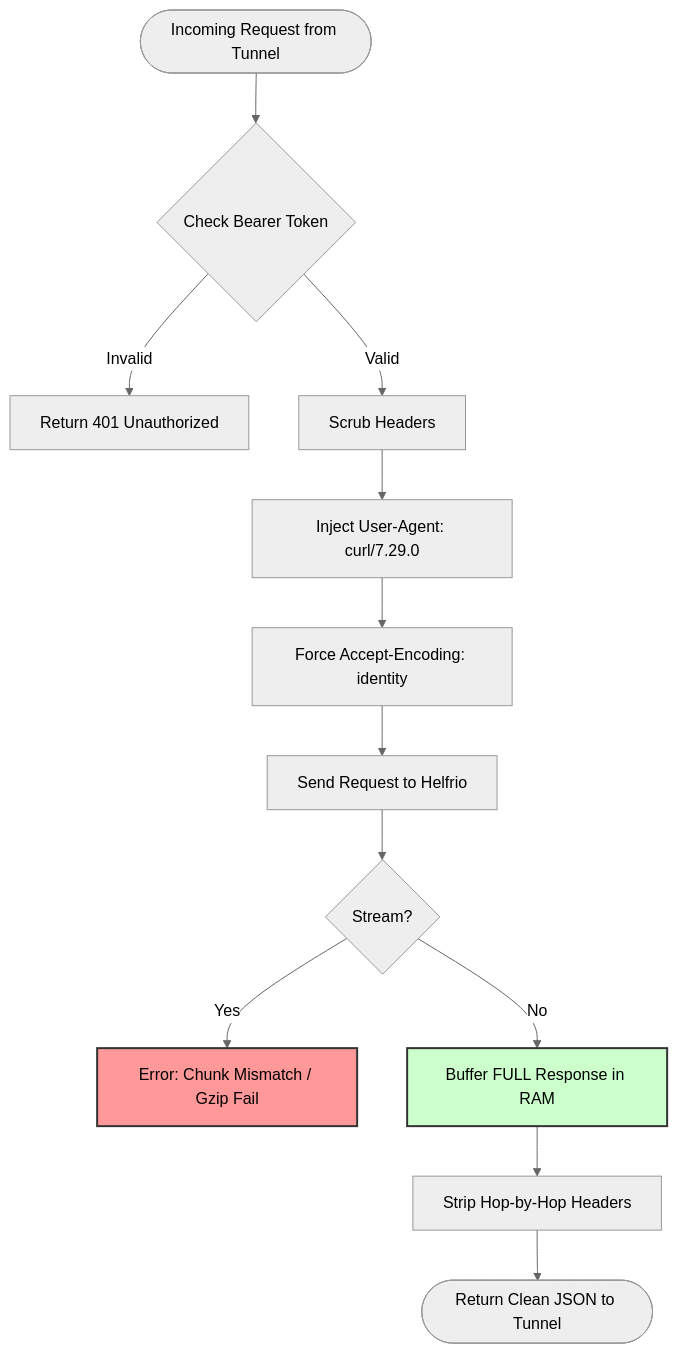
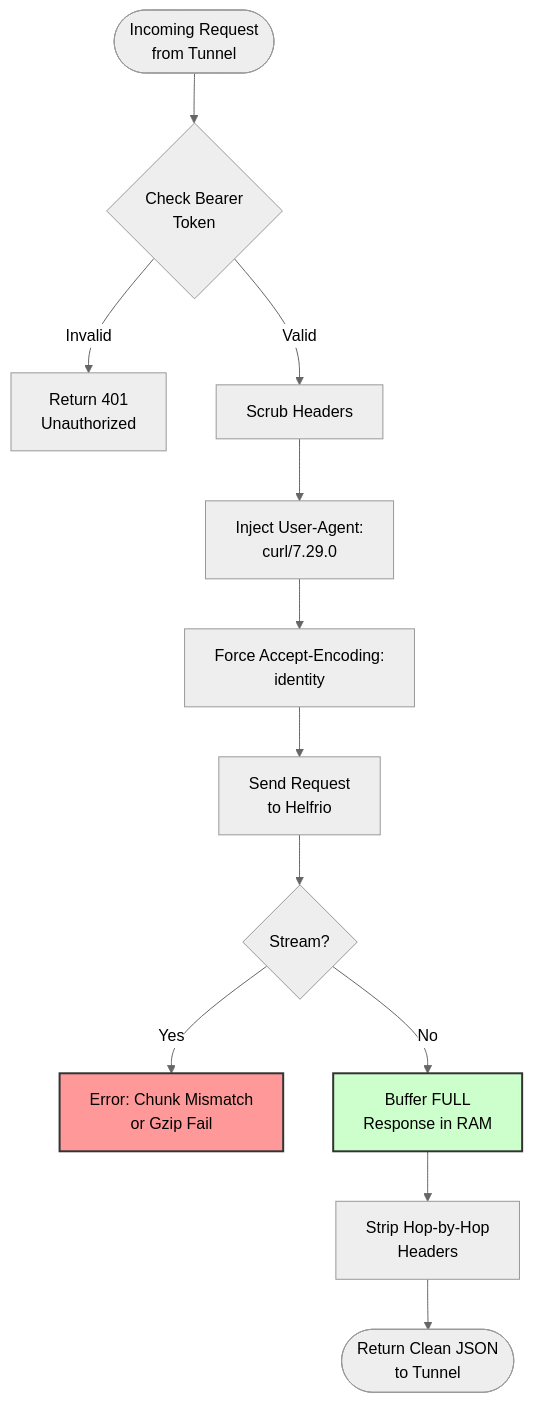
One commit to Microck/ja3-bypass-gateway changed the fifth of 6 diagrams in README.md. Above: the diagram before and after it, drawn with Mermaid (neutral theme). The commit also changed other lines of this file, not shown here.

````diff
--- a/README.md
+++ b/README.md
@@ -227,23 +227,23 @@
 ```mermaid
 flowchart TD
-    Start([Incoming Request from Tunnel]) --> Auth{Check Bearer Token}
+    Start([Incoming Request<br/>from Tunnel]) --> Auth{Check Bearer<br/>Token}
     
-    Auth -- Invalid --> Deny[Return 401 Unauthorized]
+    Auth -- Invalid --> Deny[Return 401<br/>Unauthorized]
     Auth -- Valid --> Headers[Scrub Headers]
     
-    Headers --> Fake[Inject User-Agent: curl/7.29.0]
-    Fake --> Identity[Force Accept-Encoding: identity]
+    Headers --> Fake[Inject User-Agent:<br/>curl/7.29.0]
+    Fake --> Identity[Force Accept-Encoding:<br/>identity]
     
-    Identity --> Request[Send Request to Helfrio]
+    Identity --> Request[Send Request<br/>to Helfrio]
     
     Request --> Stream{Stream?}
-    Stream -- Yes --> Crash["Error: Chunk Mismatch / Gzip Fail"]
-    Stream -- No --> Buffer["Buffer FULL Response in RAM"]
+    Stream -- Yes --> Crash["Error: Chunk Mismatch<br/>or Gzip Fail"]
+    Stream -- No --> Buffer["Buffer FULL<br/>Response in RAM"]
     
-    Buffer --> Clean[Strip Hop-by-Hop Headers]
-    Clean --> Return([Return Clean JSON to Tunnel])
+    Buffer --> Clean[Strip Hop-by-Hop<br/>Headers]
+    Clean --> Return([Return Clean JSON<br/>to Tunnel])
     
     %% High Contrast Styling
     style Crash fill:#ff9999,stroke:#333,stroke-width:2px,color:black
     style Buffer fill:#ccffcc,stroke:#333,stroke-width:2px,color:black
 ```
````
